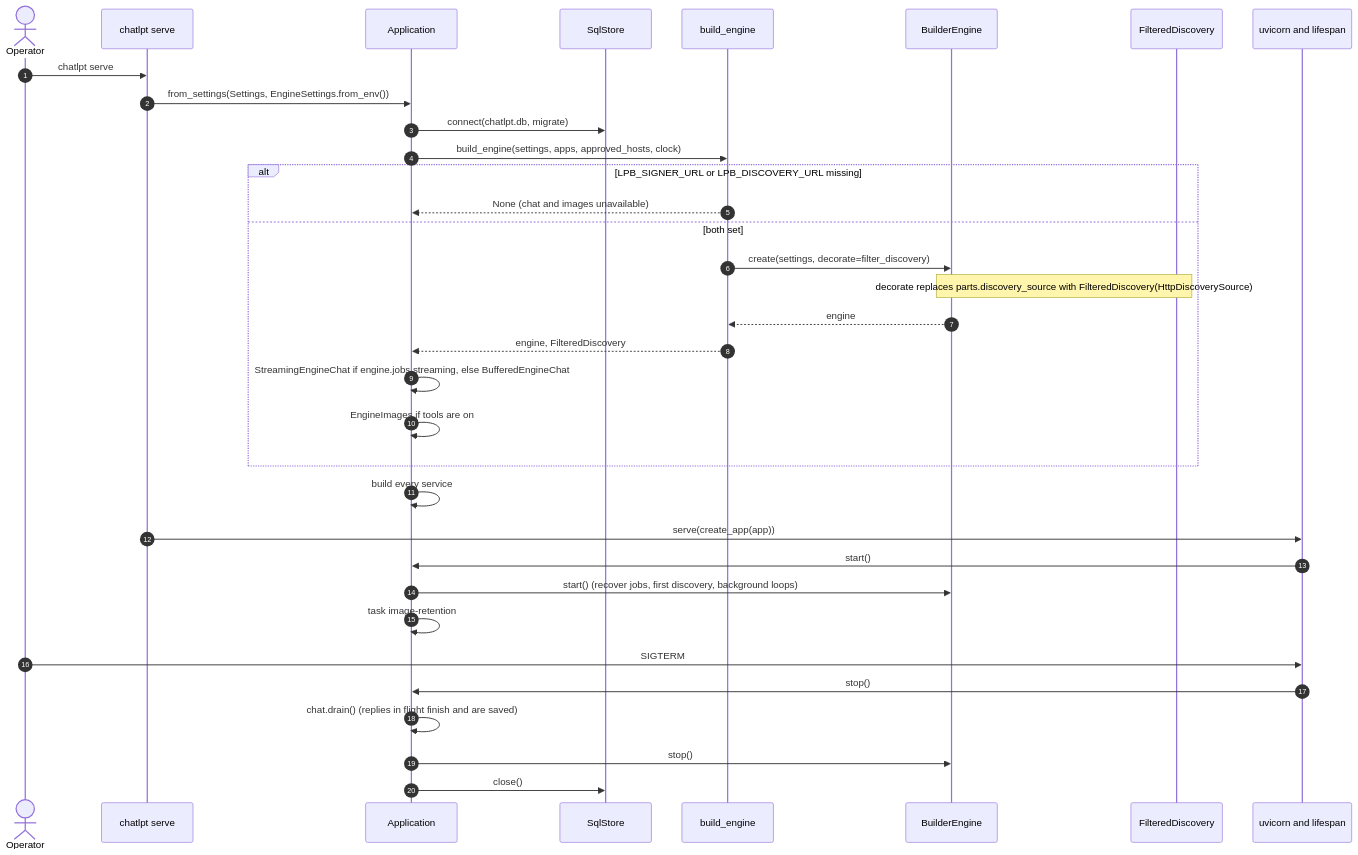
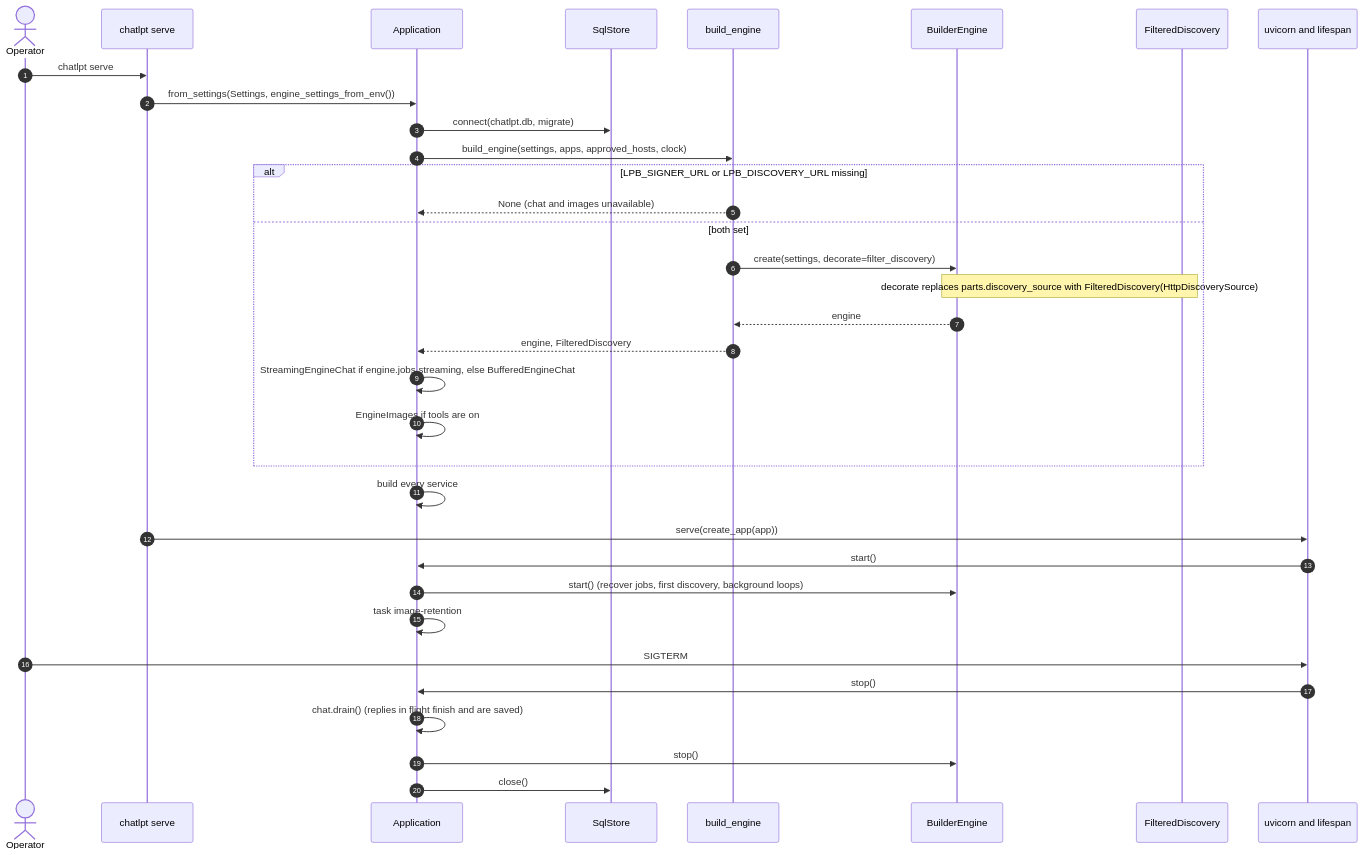
The sixth of 10 diagrams in docs/design-docs/builder-core-in-chatlpt.md (NE-Build-Track/chatlpt-sample-enterprise-app), drawn with Mermaid before and after one commit. The commit also changed other lines of this file and 7 other files, not shown here.

````diff
--- a/docs/design-docs/builder-core-in-chatlpt.md
+++ b/docs/design-docs/builder-core-in-chatlpt.md
@@ -318,36 +319,36 @@
 ```mermaid
 sequenceDiagram
     autonumber
     actor Op as Operator
     participant CLI as chatlpt serve
     participant App as Application
     participant Store as SqlStore
     participant BE as build_engine
     participant Eng as BuilderEngine
     participant FD as FilteredDiscovery
     participant U as uvicorn and lifespan
     Op->>CLI: chatlpt serve
-    CLI->>App: from_settings(Settings, EngineSettings.from_env())
+    CLI->>App: from_settings(Settings, engine_settings_from_env())
     App->>Store: connect(chatlpt.db, migrate)
     App->>BE: build_engine(settings, apps, approved_hosts, clock)
     alt LPB_SIGNER_URL or LPB_DISCOVERY_URL missing
         BE-->>App: None (chat and images unavailable)
     else both set
         BE->>Eng: create(settings, decorate=filter_discovery)
         Note over Eng,FD: decorate replaces parts.discovery_source with FilteredDiscovery(HttpDiscoverySource)
         Eng-->>BE: engine
         BE-->>App: engine, FilteredDiscovery
         App->>App: StreamingEngineChat if engine.jobs.streaming, else BufferedEngineChat
         App->>App: EngineImages if tools are on
     end
     App->>App: build every service
     CLI->>U: serve(create_app(app))
     U->>App: start()
     App->>Eng: start() (recover jobs, first discovery, background loops)
     App->>App: task image-retention
     Op->>U: SIGTERM
     U->>App: stop()
     App->>App: chat.drain() (replies in flight finish and are saved)
     App->>Eng: stop()
     App->>Store: close()
 ```
````
